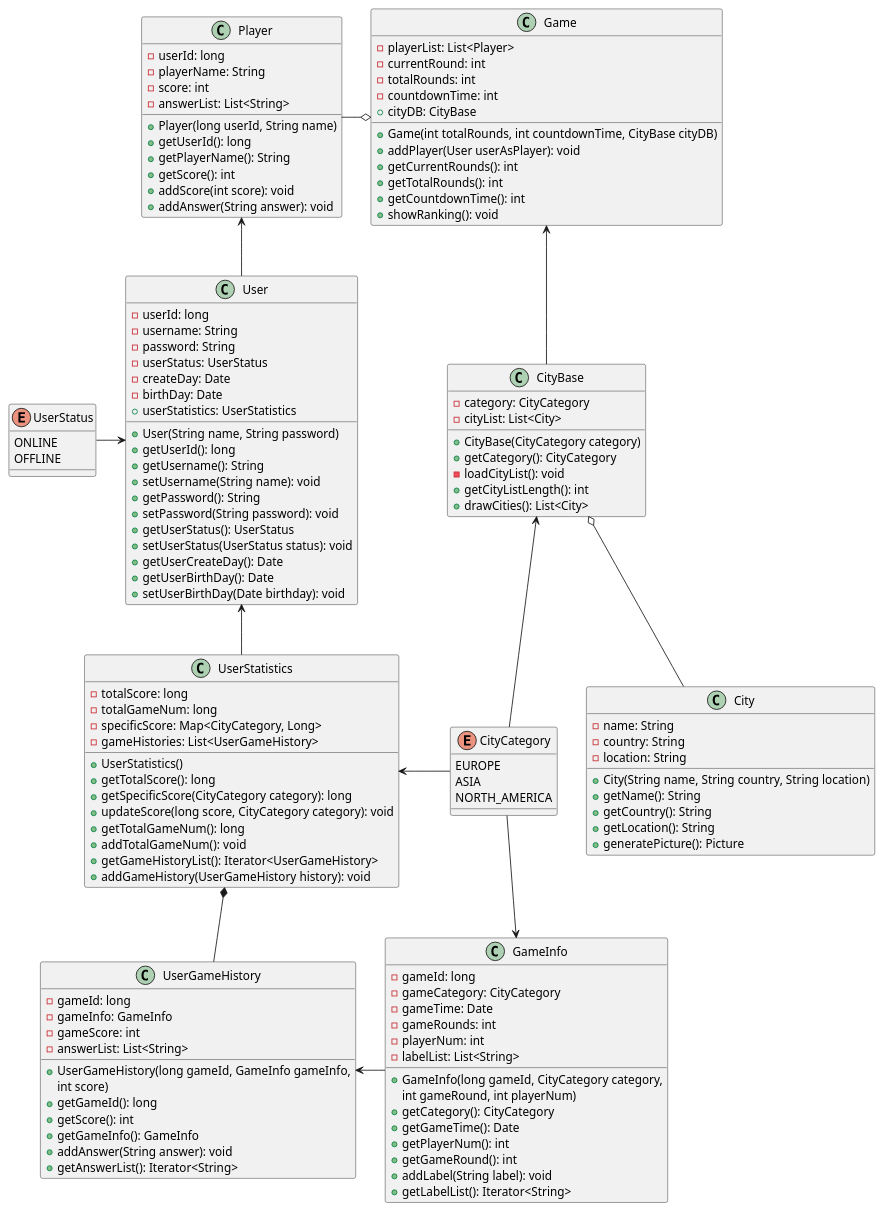
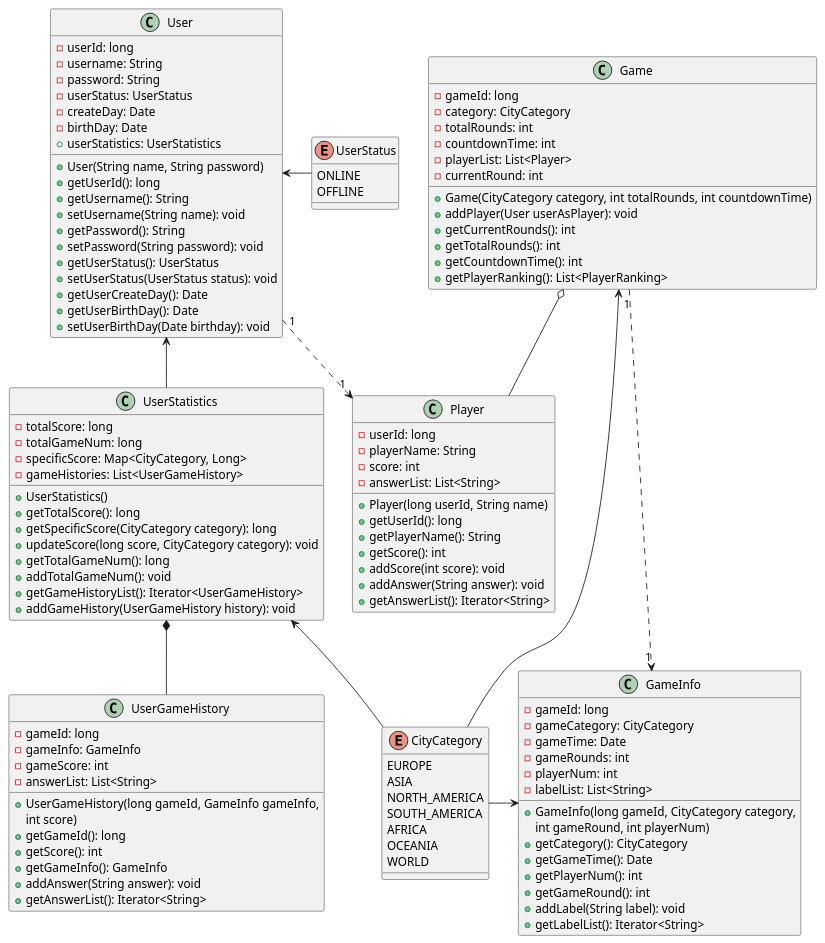
One commit to sopra-fs23-group-32/SoPra23_Server changed the diagram in src/uml/GuessCityClass.puml. Above: the diagram before and after it, drawn with PlantUML. The commit also changed 1 other file, not shown here.

Commit message:
update class diagram

```diff
--- a/src/uml/GuessCityClass.puml
+++ b/src/uml/GuessCityClass.puml
@@ -1,158 +1,143 @@
 @startuml
 'https://plantuml.com/class-diagram
 
 enum UserStatus {
     ONLINE
     OFFLINE
 }
 
 enum CityCategory {
     EUROPE
     ASIA
     NORTH_AMERICA
+    SOUTH_AMERICA
+    AFRICA
+    OCEANIA
+    WORLD
 }
 
 class User {
     - userId: long
     - username: String
     - password: String
     - userStatus: UserStatus
     - createDay: Date
     - birthDay: Date
     + userStatistics: UserStatistics
     + User(String name, String password)
     + getUserId(): long
     + getUsername(): String
     + setUsername(String name): void
     + getPassword(): String
     + setPassword(String password): void
     + getUserStatus(): UserStatus
     + setUserStatus(UserStatus status): void
     + getUserCreateDay(): Date
     + getUserBirthDay(): Date
     + setUserBirthDay(Date birthday): void
-}
-
-class Player {
-    - userId: long
-    - playerName: String
-    - score: int
-    - answerList: List<String>
-    + Player(long userId, String name)
-    + getUserId(): long
-    + getPlayerName(): String
-    + getScore(): int
-    + addScore(int score): void
-    + addAnswer(String answer): void
 }
 
 class UserStatistics {
     - totalScore: long
     - totalGameNum: long
     - specificScore: Map<CityCategory, Long>
     - gameHistories: List<UserGameHistory>
     + UserStatistics()
     + getTotalScore(): long
     + getSpecificScore(CityCategory category): long
     + updateScore(long score, CityCategory category): void
     + getTotalGameNum(): long
     + addTotalGameNum(): void
     + getGameHistoryList(): Iterator<UserGameHistory>
     + addGameHistory(UserGameHistory history): void
 }
 
 class UserGameHistory {
     - gameId: long
     - gameInfo: GameInfo
     - gameScore: int
     - answerList: List<String>
     + UserGameHistory(long gameId, GameInfo gameInfo,
       int score)
     + getGameId(): long
     + getScore(): int
     + getGameInfo(): GameInfo
     + addAnswer(String answer): void
     + getAnswerList(): Iterator<String>
 }
 
 User <-- UserStatistics
-UserStatus -> User
+User <- UserStatus
 UserStatistics *-- UserGameHistory
-
+UserStatistics <-- CityCategory
 
 class Game {
+    - gameId: long
+    - category: CityCategory
+    - totalRounds: int
+    - countdownTime: int
     - playerList: List<Player>
     - currentRound: int
-    - totalRounds: int
-    - countdownTime: int
-    + cityDB: CityBase
-    + Game(int totalRounds, int countdownTime, CityBase cityDB)
+
+    + Game(CityCategory category, int totalRounds, int countdownTime)
     + addPlayer(User userAsPlayer): void
     + getCurrentRounds(): int
     + getTotalRounds(): int
     + getCountdownTime(): int
-    + showRanking(): void
+    + getPlayerRanking(): List<PlayerRanking>
 }
 
-class CityBase {
-    - category: CityCategory
-    - cityList: List<City>
-    + CityBase(CityCategory category)
-    + getCategory(): CityCategory
-    - loadCityList(): void
-    + getCityListLength(): int
-    + drawCities(): List<City>
+class Player {
+    - userId: long
+    - playerName: String
+    - score: int
+    - answerList: List<String>
+    + Player(long userId, String name)
+    + getUserId(): long
+    + getPlayerName(): String
+    + getScore(): int
+    + addScore(int score): void
+    + addAnswer(String answer): void
+    + getAnswerList(): Iterator<String>
 }
+
+'class PlayerRanking {
+'    - playerName: String
+'    - rank: int
+'    + PlayerRanking(String name, int rank)
+'    + getPlayerName(): String
+'    + getRank(): int
+'}
 
 class GameInfo {
     - gameId: long
     - gameCategory: CityCategory
     - gameTime: Date
     - gameRounds: int
     - playerNum: int
     - labelList: List<String>
     + GameInfo(long gameId, CityCategory category,
       int gameRound, int playerNum)
     + getCategory(): CityCategory
     + getGameTime(): Date
     + getPlayerNum(): int
     + getGameRound(): int
     + addLabel(String label): void
     + getLabelList(): Iterator<String>
 }
 
-class City {
-    - name: String
-    - country: String
-    - location: String
-    + City(String name, String country, String location)
-    + getName(): String
-    + getCountry(): String
-    + getLocation(): String
-    + generatePicture(): Picture
-}
+User "1"..>"1" Player
+Game o- Player
 
-'class Picture {
-'    - pictureId: long
-'    - picturePath: String
-'    + Picture(long pictureId, String path)
-'    + getPictureId(): long
-'    + getPicturePath(): String
-'}
+Game <--- CityCategory
+Game "1"..>"1" GameInfo
+CityCategory -> GameInfo
 
-Player <-- User
-Player -o Game
 
-Game <-- CityBase
-CityBase o-- City
-CityBase <-- CityCategory
-UserStatistics <- CityCategory
-CityCategory --> GameInfo
-UserGameHistory <- GameInfo
 
 'CityCategory <|-- EuroCity
 'CityCategory <|--- AsiaCity
 'CityCategory <|--- NorthAmericaCity
 'CityCategory <|---- WorldCity
 
 @enduml
```
